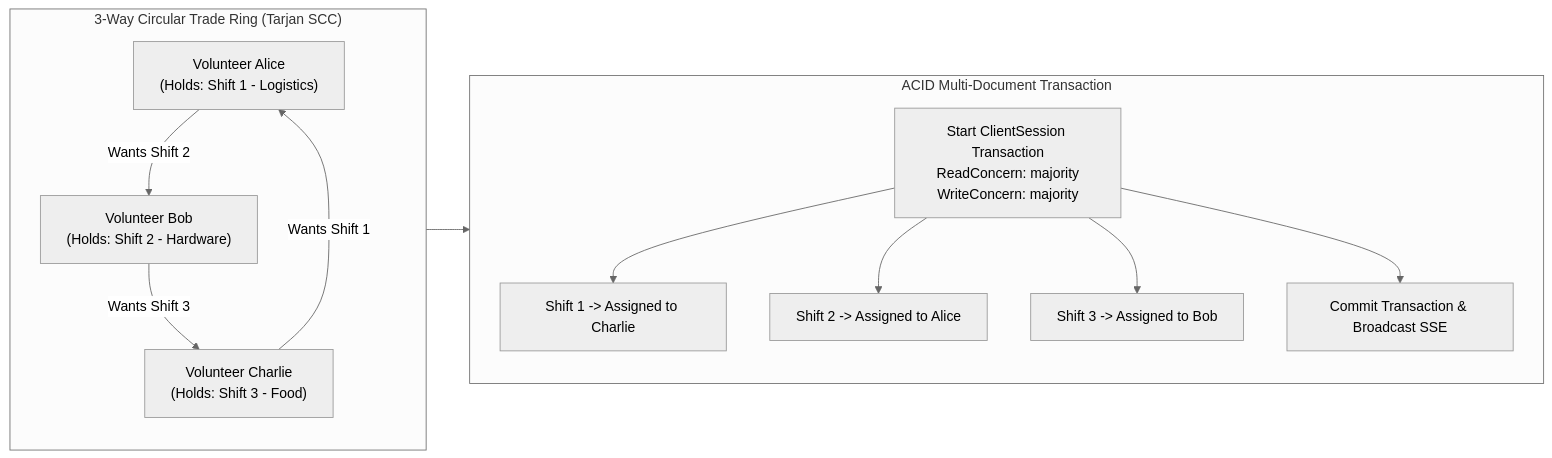
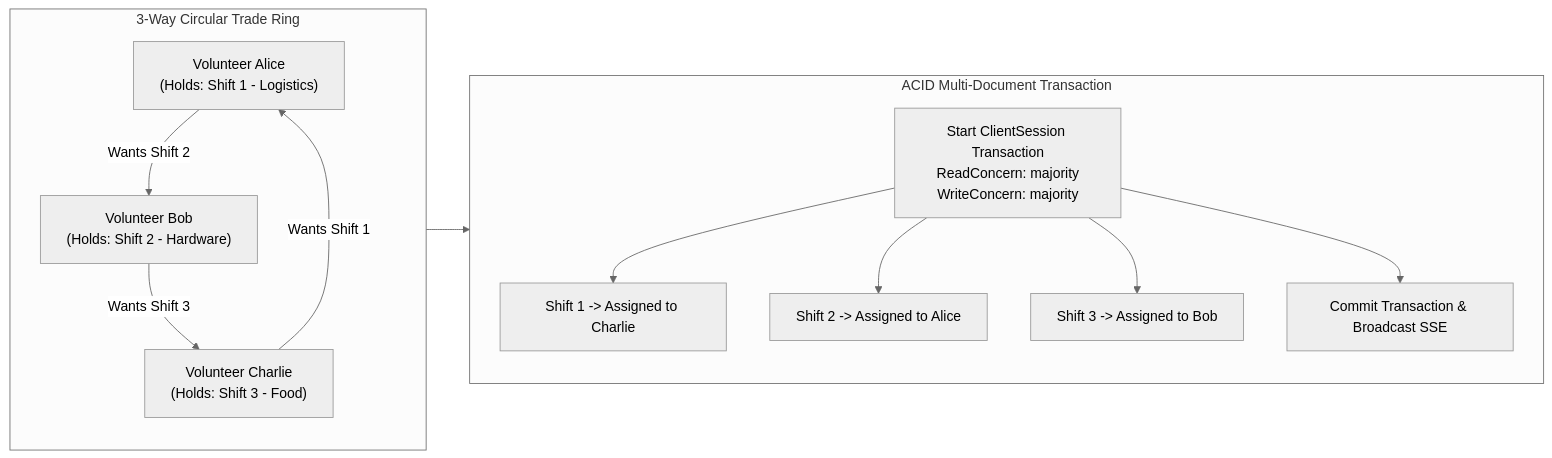
Before and after one commit to aritroBh/HackIllinois-2027-Systems-Coding-Challenge: the fifth of 10 diagrams in ARCHITECTURE.md, drawn with Mermaid (neutral theme). The commit also changed other lines of this file and 7 other files, not shown here.

````diff
--- a/ARCHITECTURE.md
+++ b/ARCHITECTURE.md
@@ -366,18 +373,18 @@
 ```mermaid
 flowchart LR
-    subgraph Cycle["3-Way Circular Trade Ring (Tarjan SCC)"]
+    subgraph Cycle["3-Way Circular Trade Ring"]
         A["Volunteer Alice<br/>(Holds: Shift 1 - Logistics)"] -->|"Wants Shift 2"| B["Volunteer Bob<br/>(Holds: Shift 2 - Hardware)"]
         B -->|"Wants Shift 3"| C["Volunteer Charlie<br/>(Holds: Shift 3 - Food)"]
         C -->|"Wants Shift 1"| A
     end
 
     subgraph AtomicExecution["ACID Multi-Document Transaction"]
         TX["Start ClientSession Transaction<br/>ReadConcern: majority<br/>WriteConcern: majority"]
         TX --> W1["Shift 1 -> Assigned to Charlie"]
         TX --> W2["Shift 2 -> Assigned to Alice"]
         TX --> W3["Shift 3 -> Assigned to Bob"]
         TX --> COM["Commit Transaction & Broadcast SSE"]
     end
 
     Cycle --> AtomicExecution
 ```
````
